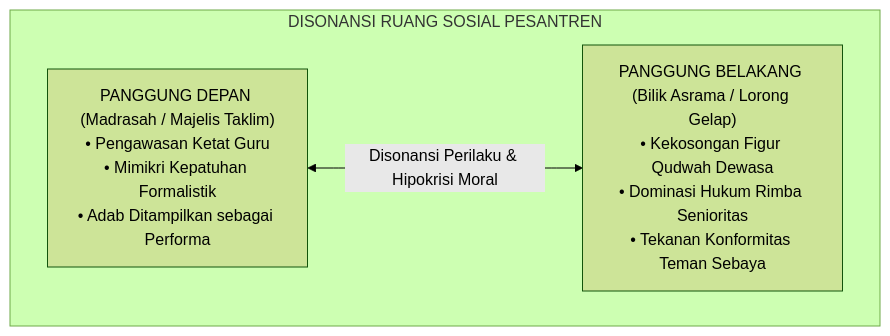
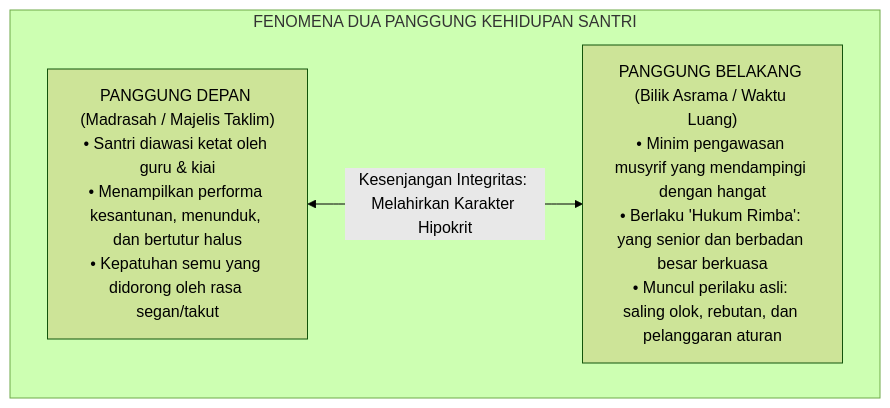
Before and after one commit to wandiapriliyandi/tumbuh: the third of 4 diagrams in BOOK-SERIES/Volume-01/Bab-01-Krisis-Karakter-dan-Urgensi-Rekonstruksi/01-Anomali-Pendidikan-Karakter-Tradisional.md, drawn with Mermaid (forest theme). The commit also changed other lines of this file and 2 other files, not shown here.

Commit message:
style(docs): perindah gaya bahasa, perjelas konsep, dan percantik format kutipan Turats

````diff
--- a/BOOK-SERIES/Volume-01/Bab-01-Krisis-Karakter-dan-Urgensi-Rekonstruksi/01-Anomali-Pendidikan-Karakter-Tradisional.md
+++ b/BOOK-SERIES/Volume-01/Bab-01-Krisis-Karakter-dan-Urgensi-Rekonstruksi/01-Anomali-Pendidikan-Karakter-Tradisional.md
@@ -67,9 +74,9 @@
 ```mermaid
 graph TD
-    subgraph Disonansi["DISONANSI RUANG SOSIAL PESANTREN"]
-        FrontStage["PANGGUNG DEPAN (Madrasah / Majelis Taklim)<br/>• Pengawasan Ketat Guru<br/>• Mimikri Kepatuhan Formalistik<br/>• Adab Ditampilkan sebagai Performa"]
-        BackStage["PANGGUNG BELAKANG (Bilik Asrama / Lorong Gelap)<br/>• Kekosongan Figur Qudwah Dewasa<br/>• Dominasi Hukum Rimba Senioritas<br/>• Tekanan Konformitas Teman Sebaya"]
+    subgraph Disonansi["FENOMENA DUA PANGGUNG KEHIDUPAN SANTRI"]
+        FrontStage["PANGGUNG DEPAN (Madrasah / Majelis Taklim)<br/>• Santri diawasi ketat oleh guru & kiai<br/>• Menampilkan performa kesantunan, menunduk, dan bertutur halus<br/>• Kepatuhan semu yang didorong oleh rasa segan/takut"]
+        BackStage["PANGGUNG BELAKANG (Bilik Asrama / Waktu Luang)<br/>• Minim pengawasan musyrif yang mendampingi dengan hangat<br/>• Berlaku 'Hukum Rimba': yang senior dan berbadan besar berkuasa<br/>• Muncul perilaku asli: saling olok, rebutan, dan pelanggaran aturan"]
         
-        FrontStage <-->|Disonansi Perilaku & Hipokrisi Moral| BackStage
+        FrontStage <-->|"Kesenjangan Integritas: Melahirkan Karakter Hipokrit"| BackStage
     end
 ```
````
